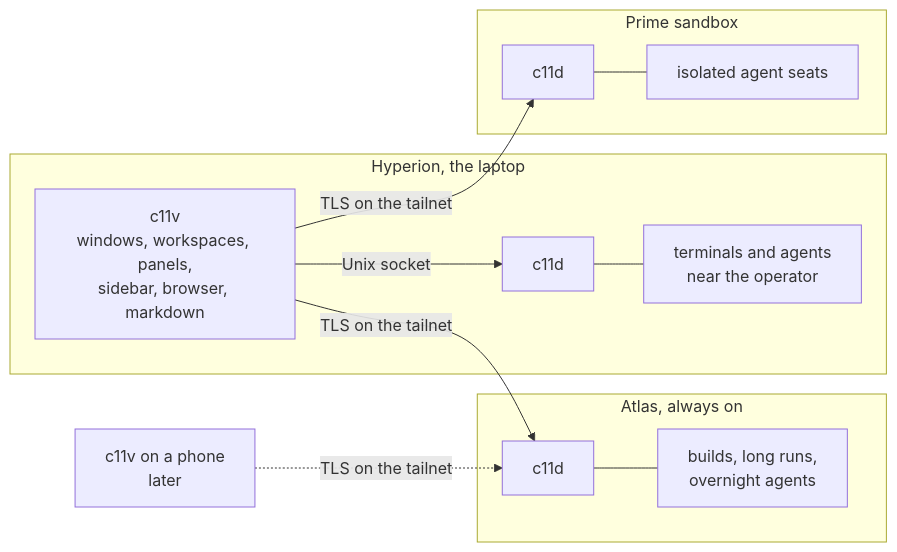
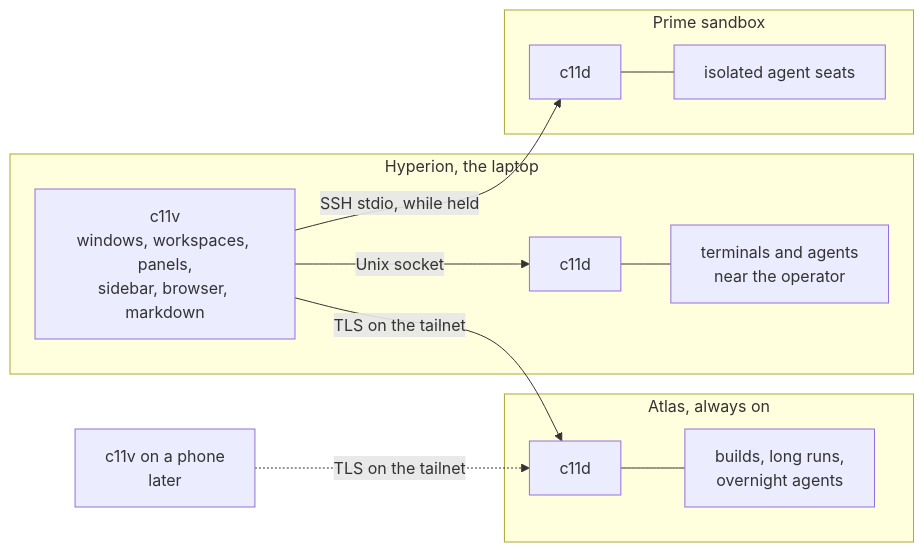
The first of 7 diagrams in docs/c11v-design.md (Stage-11-Agentics/c11), drawn with Mermaid before and after one commit. The commit also changed other lines of this file, not shown here.

First line of the commit message:
c11v design: mail between hosts is the bus's job, Prime over SSH, session finder

````diff
--- a/docs/c11v-design.md
+++ b/docs/c11v-design.md
@@ -27,24 +28,24 @@
 ```mermaid
 flowchart LR
   subgraph HYP["Hyperion, the laptop"]
     V["c11v<br/>windows, workspaces, panels,<br/>sidebar, browser, markdown"]
     DH["c11d"]
     TH["terminals and agents<br/>near the operator"]
     DH --- TH
   end
   subgraph ATL["Atlas, always on"]
     DA["c11d"]
     TA["builds, long runs,<br/>overnight agents"]
     DA --- TA
   end
   subgraph PRI["Prime sandbox"]
     DP["c11d"]
     TP["isolated agent seats"]
     DP --- TP
   end
   PH["c11v on a phone<br/>later"]
   V -->|"Unix socket"| DH
   V -->|"TLS on the tailnet"| DA
-  V -->|"TLS on the tailnet"| DP
+  V -->|"SSH stdio, while held"| DP
   PH -.->|"TLS on the tailnet"| DA
 ```
````
